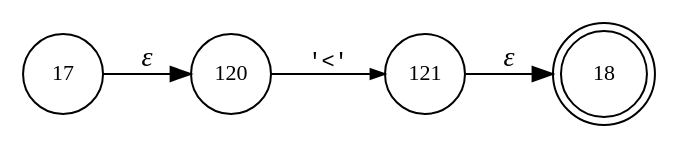
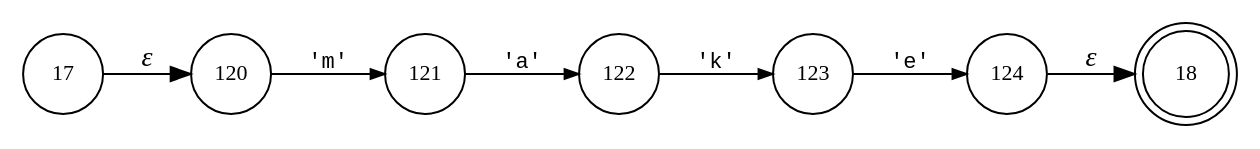
Before and after one commit to Shinigami072/Compilers-LogoInterpreter: the diagram in interpreter/logo/logoLexer.T__8.dot, drawn with Graphviz. The commit also changed 78 other files, not shown here.

```diff
--- a/interpreter/logo/logoLexer.T__8.dot
+++ b/interpreter/logo/logoLexer.T__8.dot
@@ -1,10 +1,16 @@
 digraph ATN {
 rankdir=LR;
 s18[fontsize=11, label="18", shape=doublecircle, fixedsize=true, width=.6];
 s17[fontsize=11,label="17", shape=circle, fixedsize=true, width=.55, peripheries=1];
 s120[fontsize=11,label="120", shape=circle, fixedsize=true, width=.55, peripheries=1];
 s121[fontsize=11,label="121", shape=circle, fixedsize=true, width=.55, peripheries=1];
+s122[fontsize=11,label="122", shape=circle, fixedsize=true, width=.55, peripheries=1];
+s123[fontsize=11,label="123", shape=circle, fixedsize=true, width=.55, peripheries=1];
+s124[fontsize=11,label="124", shape=circle, fixedsize=true, width=.55, peripheries=1];
 s17 -> s120 [fontname="Times-Italic", label="&epsilon;"];
-s120 -> s121 [fontsize=11, fontname="Courier", arrowsize=.7, label = "'<'", arrowhead = normal];
-s121 -> s18 [fontname="Times-Italic", label="&epsilon;"];
+s120 -> s121 [fontsize=11, fontname="Courier", arrowsize=.7, label = "'m'", arrowhead = normal];
+s121 -> s122 [fontsize=11, fontname="Courier", arrowsize=.7, label = "'a'", arrowhead = normal];
+s122 -> s123 [fontsize=11, fontname="Courier", arrowsize=.7, label = "'k'", arrowhead = normal];
+s123 -> s124 [fontsize=11, fontname="Courier", arrowsize=.7, label = "'e'", arrowhead = normal];
+s124 -> s18 [fontname="Times-Italic", label="&epsilon;"];
 }
```
